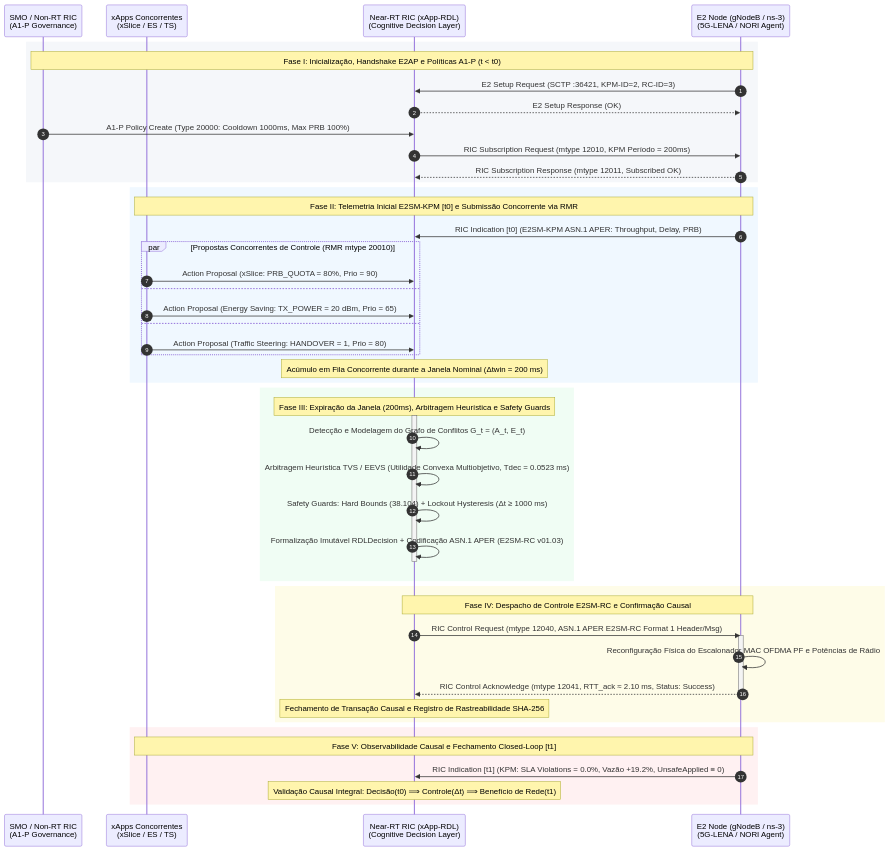
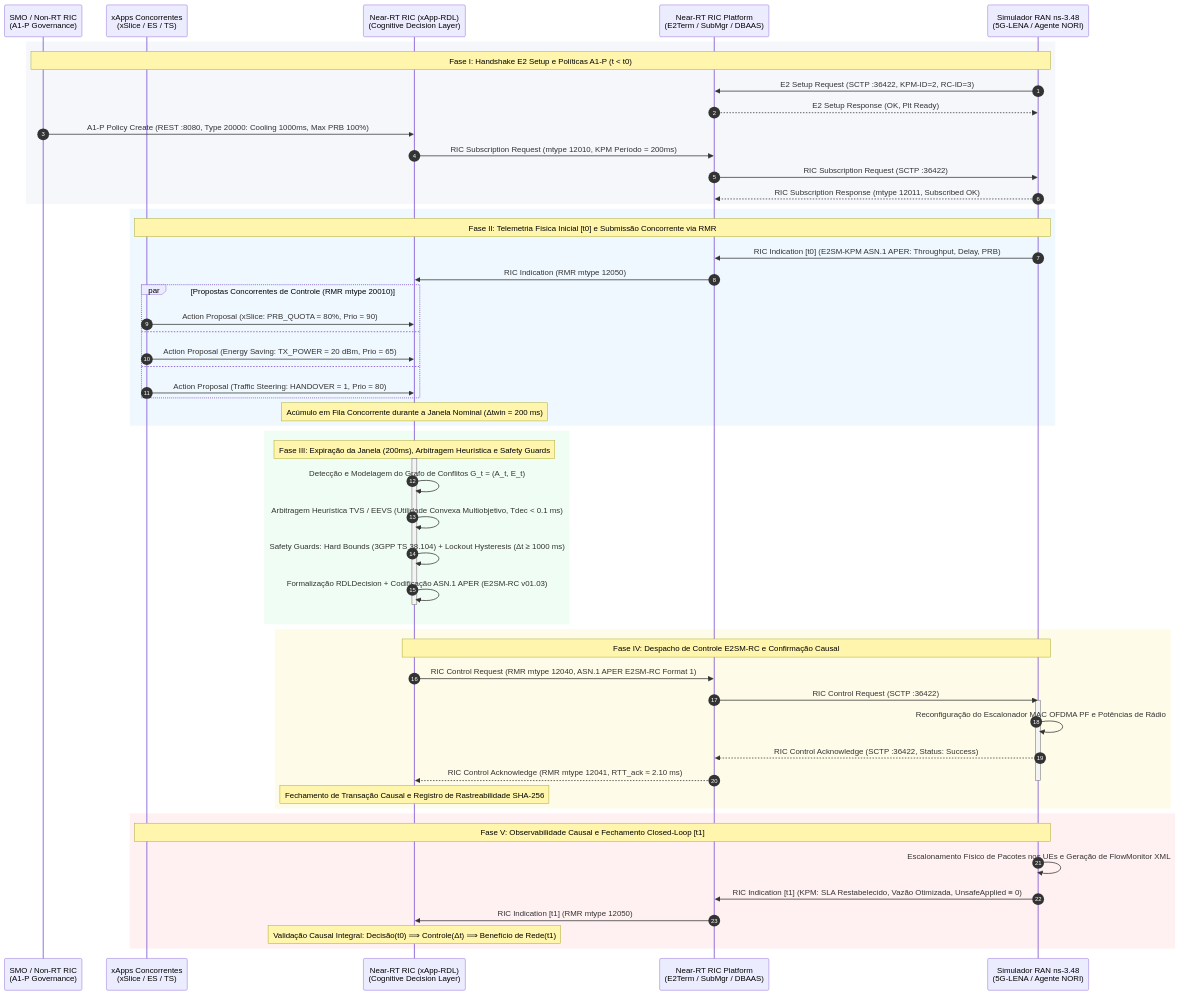
Before and after one commit to georgebarbosa3090/XApp-RDL-F1: the diagram in docs/21_relatorio_demonstracao_rica_closed_loop.md, drawn with Mermaid. The commit also changed other lines of this file, not shown here.

Commit message:
docs(vol21): ajusta relatorio para execucao fisica ns3 5g-lena nori em tempo real

````diff
--- a/docs/21_relatorio_demonstracao_rica_closed_loop.md
+++ b/docs/21_relatorio_demonstracao_rica_closed_loop.md
@@ -106,63 +233,70 @@
 ```mermaid
 sequenceDiagram
     autonumber
     
     participant SMO as SMO / Non-RT RIC<br/>(A1-P Governance)
     participant XAPPS as xApps Concorrentes<br/>(xSlice / ES / TS)
     participant RDL as Near-RT RIC (xApp-RDL)<br/>(Cognitive Decision Layer)
-    participant RAN as E2 Node (gNodeB / ns-3)<br/>(5G-LENA / NORI Agent)
+    participant RIC as Near-RT RIC Platform<br/>(E2Term / SubMgr / DBAAS)
+    participant RAN as Simulador RAN ns-3.48<br/>(5G-LENA / Agente NORI)
 
-    %% FASE I: INICIALIZAÇÃO, HANDSHAKE E2AP E POLÍTICAS A1-P (t < t0)
+    %% FASE I: INICIALIZAÇÃO E HANDSHAKE E2AP
     rect rgb(245, 247, 250)
-        Note over SMO,RAN: Fase I: Inicialização, Handshake E2AP e Políticas A1-P (t < t0)
-        RAN->>RDL: E2 Setup Request (SCTP :36421, KPM-ID=2, RC-ID=3)
-        RDL-->>RAN: E2 Setup Response (OK)
-        SMO->>RDL: A1-P Policy Create (Type 20000: Cooldown 1000ms, Max PRB 100%)
-        RDL->>RAN: RIC Subscription Request (mtype 12010, KPM Período = 200ms)
-        RAN-->>RDL: RIC Subscription Response (mtype 12011, Subscribed OK)
+        Note over SMO,RAN: Fase I: Handshake E2 Setup e Políticas A1-P (t < t0)
+        RAN->>RIC: E2 Setup Request (SCTP :36422, KPM-ID=2, RC-ID=3)
+        RIC-->>RAN: E2 Setup Response (OK, Plt Ready)
+        SMO->>RDL: A1-P Policy Create (REST :8080, Type 20000: Cooling 1000ms, Max PRB 100%)
+        RDL->>RIC: RIC Subscription Request (mtype 12010, KPM Período = 200ms)
+        RIC->>RAN: RIC Subscription Request (SCTP :36422)
+        RAN-->>RIC: RIC Subscription Response (mtype 12011, Subscribed OK)
     end
 
     %% FASE II: INGESTÃO DE TELEMETRIA E SUBMISSÃO CONCORRENTE
     rect rgb(240, 248, 255)
-        Note over XAPPS,RAN: Fase II: Telemetria Inicial E2SM-KPM [t0] e Submissão Concorrente via RMR
-        RAN->>RDL: RIC Indication [t0] (E2SM-KPM ASN.1 APER: Throughput, Delay, PRB)
+        Note over XAPPS,RAN: Fase II: Telemetria Física Inicial [t0] e Submissão Concorrente via RMR
+        RAN->>RIC: RIC Indication [t0] (E2SM-KPM ASN.1 APER: Throughput, Delay, PRB)
+        RIC->>RDL: RIC Indication (RMR mtype 12050)
         
         par Propostas Concorrentes de Controle (RMR mtype 20010)
             XAPPS->>RDL: Action Proposal (xSlice: PRB_QUOTA = 80%, Prio = 90)
         and
             XAPPS->>RDL: Action Proposal (Energy Saving: TX_POWER = 20 dBm, Prio = 65)
         and
             XAPPS->>RDL: Action Proposal (Traffic Steering: HANDOVER = 1, Prio = 80)
         end
         Note over RDL: Acúmulo em Fila Concorrente durante a Janela Nominal (Δtwin = 200 ms)
     end
 
     %% FASE III: ARBITRAGEM DETERMINÍSTICA E SAFETY GUARDS
     rect rgb(240, 253, 244)
         Note over RDL: Fase III: Expiração da Janela (200ms), Arbitragem Heurística e Safety Guards
         activate RDL
         RDL->>RDL: Detecção e Modelagem do Grafo de Conflitos G_t = (A_t, E_t)
-        RDL->>RDL: Arbitragem Heurística TVS / EEVS (Utilidade Convexa Multiobjetivo, Tdec = 0.0523 ms)
-        RDL->>RDL: Safety Guards: Hard Bounds (38.104) + Lockout Hysteresis (Δt ≥ 1000 ms)
-        RDL->>RDL: Formalização Imutável RDLDecision + Codificação ASN.1 APER (E2SM-RC v01.03)
+        RDL->>RDL: Arbitragem Heurística TVS / EEVS (Utilidade Convexa Multiobjetivo, Tdec < 0.1 ms)
+        RDL->>RDL: Safety Guards: Hard Bounds (3GPP TS 38.104) + Lockout Hysteresis (Δt ≥ 1000 ms)
+        RDL->>RDL: Formalização RDLDecision + Codificação ASN.1 APER (E2SM-RC v01.03)
         deactivate RDL
     end
 
     %% FASE IV: DESPACHO E2SM-RC E CONFIRMAÇÃO CAUSAL
     rect rgb(254, 252, 232)
         Note over RDL,RAN: Fase IV: Despacho de Controle E2SM-RC e Confirmação Causal
-        RDL->>RAN: RIC Control Request (mtype 12040, ASN.1 APER E2SM-RC Format 1 Header/Msg)
+        RDL->>RIC: RIC Control Request (RMR mtype 12040, ASN.1 APER E2SM-RC Format 1)
+        RIC->>RAN: RIC Control Request (SCTP :36422)
         activate RAN
-        RAN->>RAN: Reconfiguração Física do Escalonador MAC OFDMA PF e Potências de Rádio
-        RAN-->>RDL: RIC Control Acknowledge (mtype 12041, RTT_ack ≈ 2.10 ms, Status: Success)
+        RAN->>RAN: Reconfiguração do Escalonador MAC OFDMA PF e Potências de Rádio
+        RAN-->>RIC: RIC Control Acknowledge (SCTP :36422, Status: Success)
+        RIC-->>RDL: RIC Control Acknowledge (RMR mtype 12041, RTT_ack ≈ 2.10 ms)
         deactivate RAN
         Note over RDL: Fechamento de Transação Causal e Registro de Rastreabilidade SHA-256
     end
 
     %% FASE V: FECHAMENTO CLOSED-LOOP E RECUPERAÇÃO DA RAN
     rect rgb(255, 241, 242)
         Note over XAPPS,RAN: Fase V: Observabilidade Causal e Fechamento Closed-Loop [t1]
-        RAN->>RDL: RIC Indication [t1] (KPM: SLA Violations = 0.0%, Vazão +19.2%, UnsafeApplied ≡ 0)
+        RAN->>RAN: Escalonamento Físico de Pacotes nos UEs e Geração de FlowMonitor XML
+        RAN->>RIC: RIC Indication [t1] (KPM: SLA Restabelecido, Vazão Otimizada, UnsafeApplied ≡ 0)
+        RIC->>RDL: RIC Indication [t1] (RMR mtype 12050)
         Note over RDL: Validação Causal Integral: Decisão(t0) ⟹ Controle(Δt) ⟹ Benefício de Rede(t1)
     end
 ```
````
